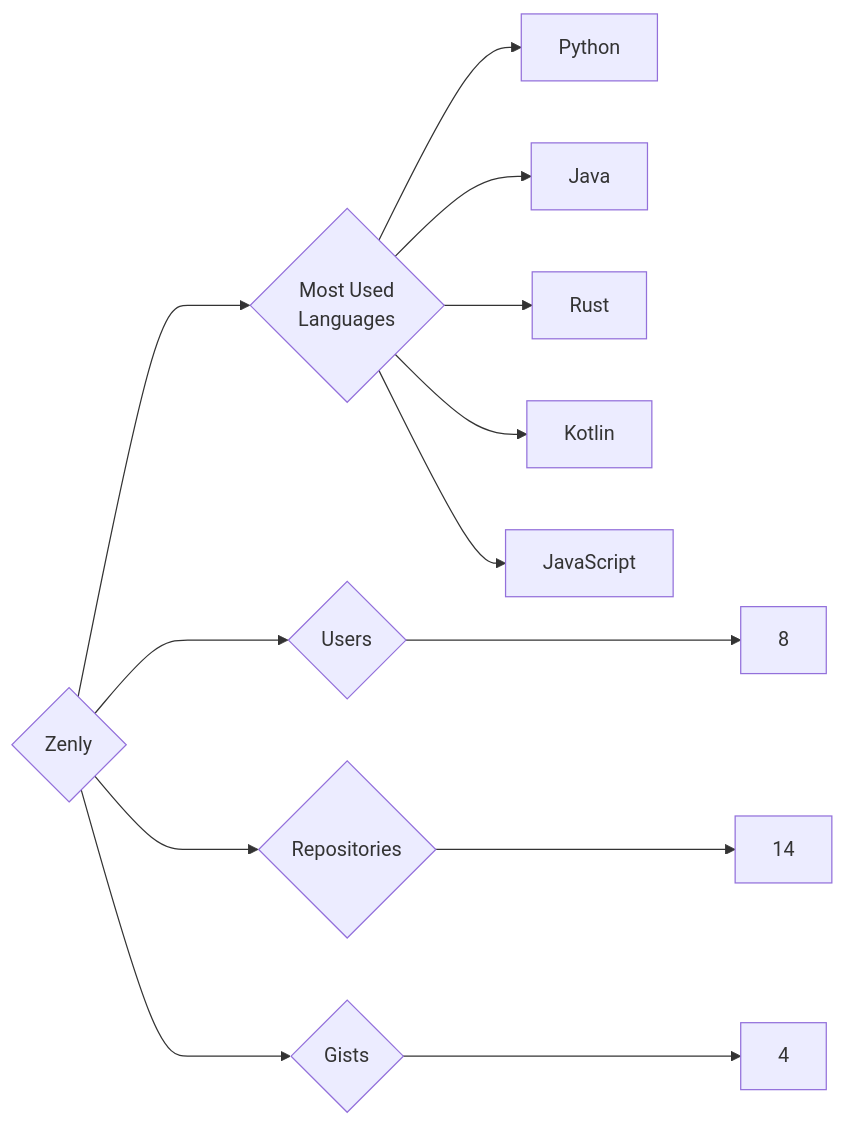
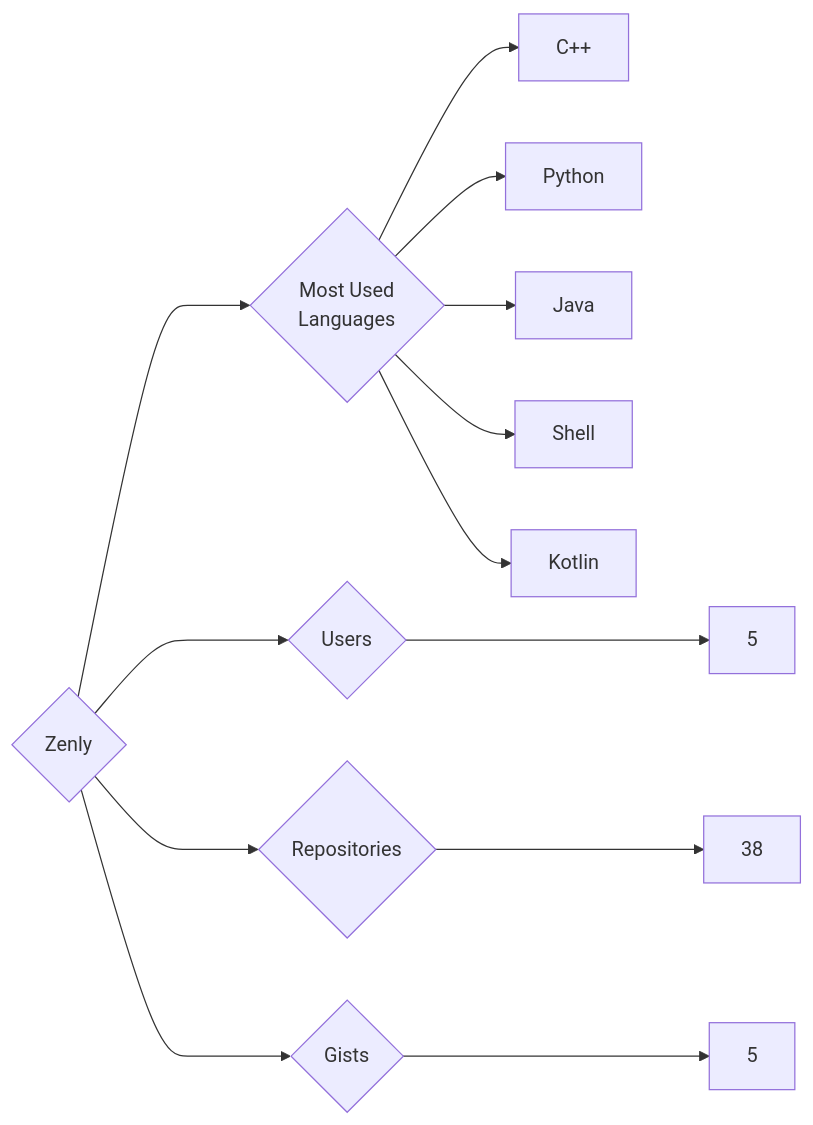
Before and after one commit to trickest/insiders: the diagram in targets/Zenly/README.md, drawn with Mermaid. The commit also changed 940 other files, not shown here.

````diff
--- a/targets/Zenly/README.md
+++ b/targets/Zenly/README.md
@@ -3,13 +3,13 @@
 ```mermaid
 graph LR
 COMPANY_NAME{Zenly}
-COMPANY_NAME ---> U{Users} ---> UN[8]
-COMPANY_NAME ---> R{Repositories} ---> RN[14]
-COMPANY_NAME ---> G{Gists} ---> GN[4]
+COMPANY_NAME ---> U{Users} ---> UN[5]
+COMPANY_NAME ---> R{Repositories} ---> RN[38]
+COMPANY_NAME ---> G{Gists} ---> GN[5]
 COMPANY_NAME ---> ML{Most Used<br>Languages}
+ML --> C++[C++]
 ML --> Python[Python]
 ML --> Java[Java]
-ML --> Rust[Rust]
+ML --> Shell[Shell]
 ML --> Kotlin[Kotlin]
-ML --> JavaScript[JavaScript]
 ```
````
